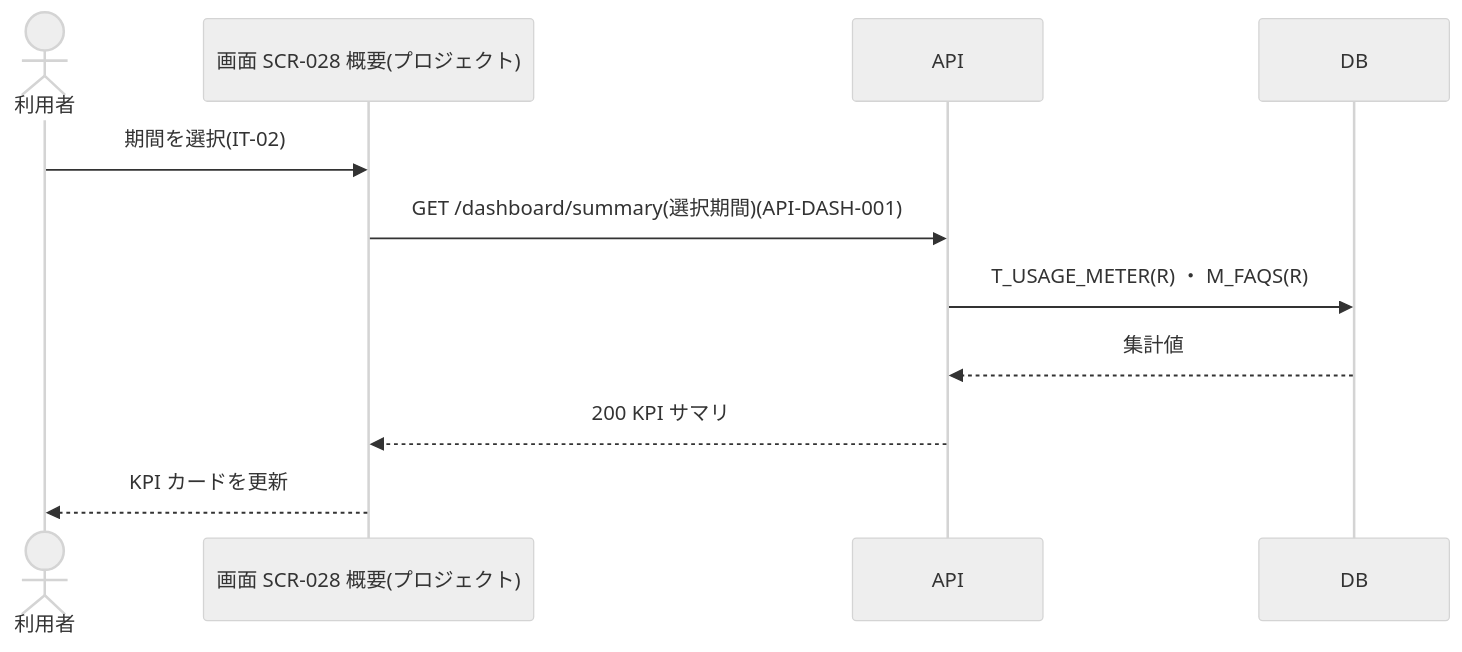
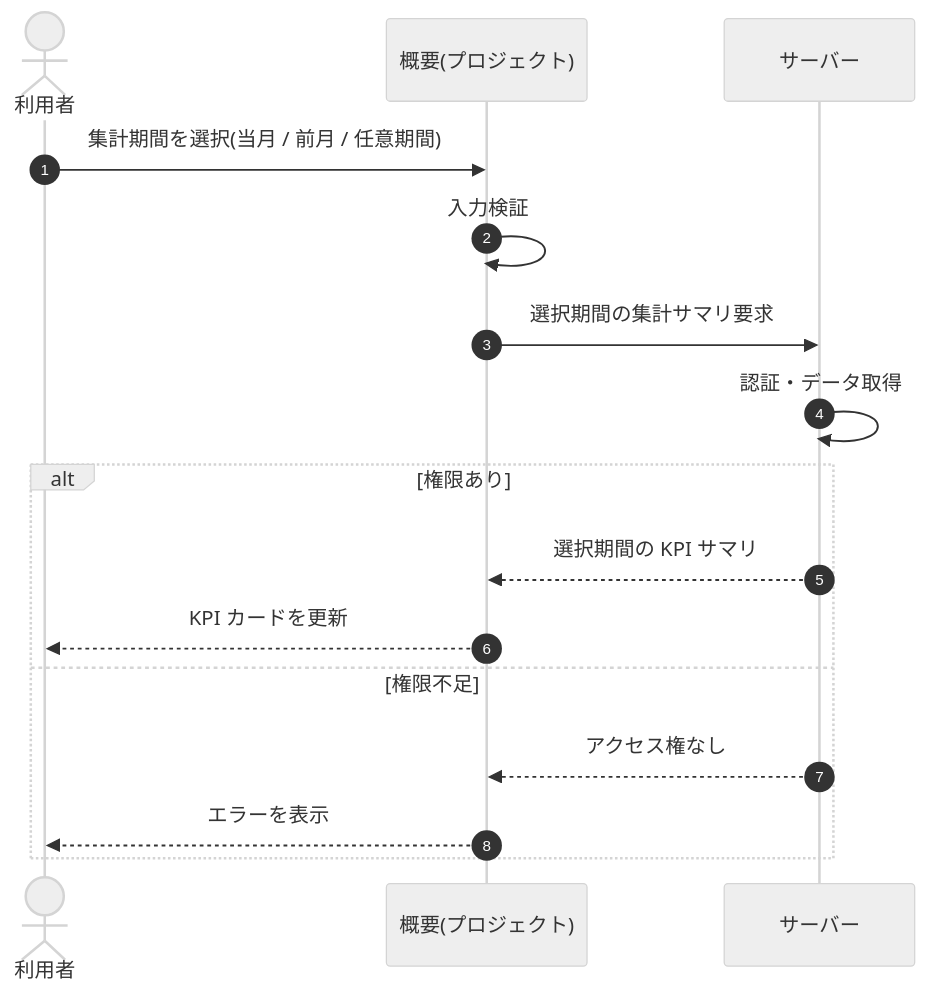
One commit to sikakou54/open-faq changed the diagram in 02_basic_design/05_sequences/SEQ-042.md. Above: the diagram before and after it, drawn with Mermaid (neutral theme). The commit also changed other lines of this file and 108 other files, not shown here.

First line of the commit message:
基本設計: シーケンス図を基本設計粒度(ユーザー/画面/サーバー)へ再編成

````diff
--- a/02_basic_design/05_sequences/SEQ-042.md
+++ b/02_basic_design/05_sequences/SEQ-042.md
@@ -25,13 +32,18 @@
 ```mermaid
 sequenceDiagram
+  autonumber
   actor U as 利用者
-  participant S as 画面 SCR-028 概要(プロジェクト)
-  participant API as API
-  participant DB as DB
-  U->>S: 期間を選択(IT-02)
-  S->>API: GET /dashboard/summary(選択期間)(API-DASH-001)
-  API->>DB: T_USAGE_METER(R) ・ M_FAQS(R)
-  DB-->>API: 集計値
-  API-->>S: 200 KPI サマリ
-  S-->>U: KPI カードを更新
+  participant Screen as 概要(プロジェクト)
+  participant Server as サーバー
+  U->>Screen: 集計期間を選択(当月 / 前月 / 任意期間)
+  Screen->>Screen: 入力検証
+  Screen->>Server: 選択期間の集計サマリ要求
+  Server->>Server: 認証・データ取得
+  alt 権限あり
+    Server-->>Screen: 選択期間の KPI サマリ
+    Screen-->>U: KPI カードを更新
+  else 権限不足
+    Server-->>Screen: アクセス権なし
+    Screen-->>U: エラーを表示
+  end
 ```
````
